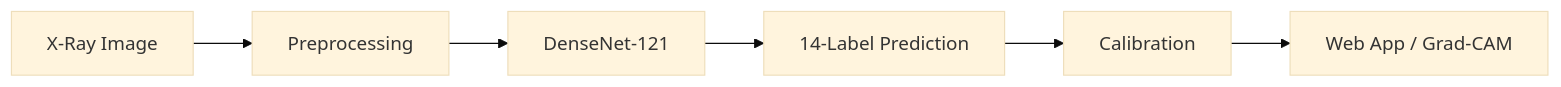
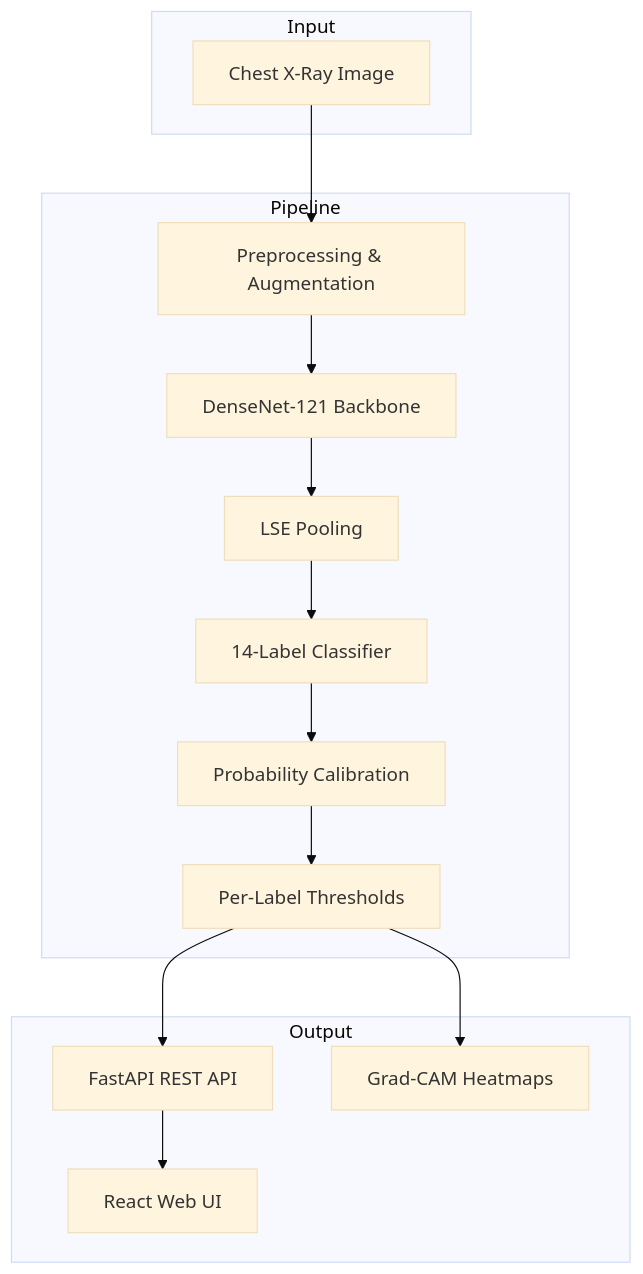
Before and after one commit to Nhatnguyn1710/KLTN_ChestXray14: the diagram in README.md, drawn with Mermaid (base theme). The commit also changed other lines of this file, not shown here.

````diff
--- a/README.md
+++ b/README.md
@@ -48,8 +65,22 @@
 ```mermaid
-flowchart LR
-  A[X-Ray Image] --> B[Preprocessing]
-  B --> C[DenseNet-121]
-  C --> D[14-Label Prediction]
-  D --> E[Calibration]
-  E --> F[Web App / Grad-CAM]
+flowchart TB
+  subgraph Input
+    IMG[Chest X-Ray Image]
+  end
+  subgraph Pipeline
+    PRE[Preprocessing & Augmentation]
+    CNN[DenseNet-121 Backbone]
+    POOL[LSE Pooling]
+    HEAD[14-Label Classifier]
+    CAL[Probability Calibration]
+    THR[Per-Label Thresholds]
+  end
+  subgraph Output
+    API[FastAPI REST API]
+    UI[React Web UI]
+    CAM[Grad-CAM Heatmaps]
+  end
+  IMG --> PRE --> CNN --> POOL --> HEAD --> CAL --> THR
+  THR --> API --> UI
+  THR --> CAM
 ```
````
